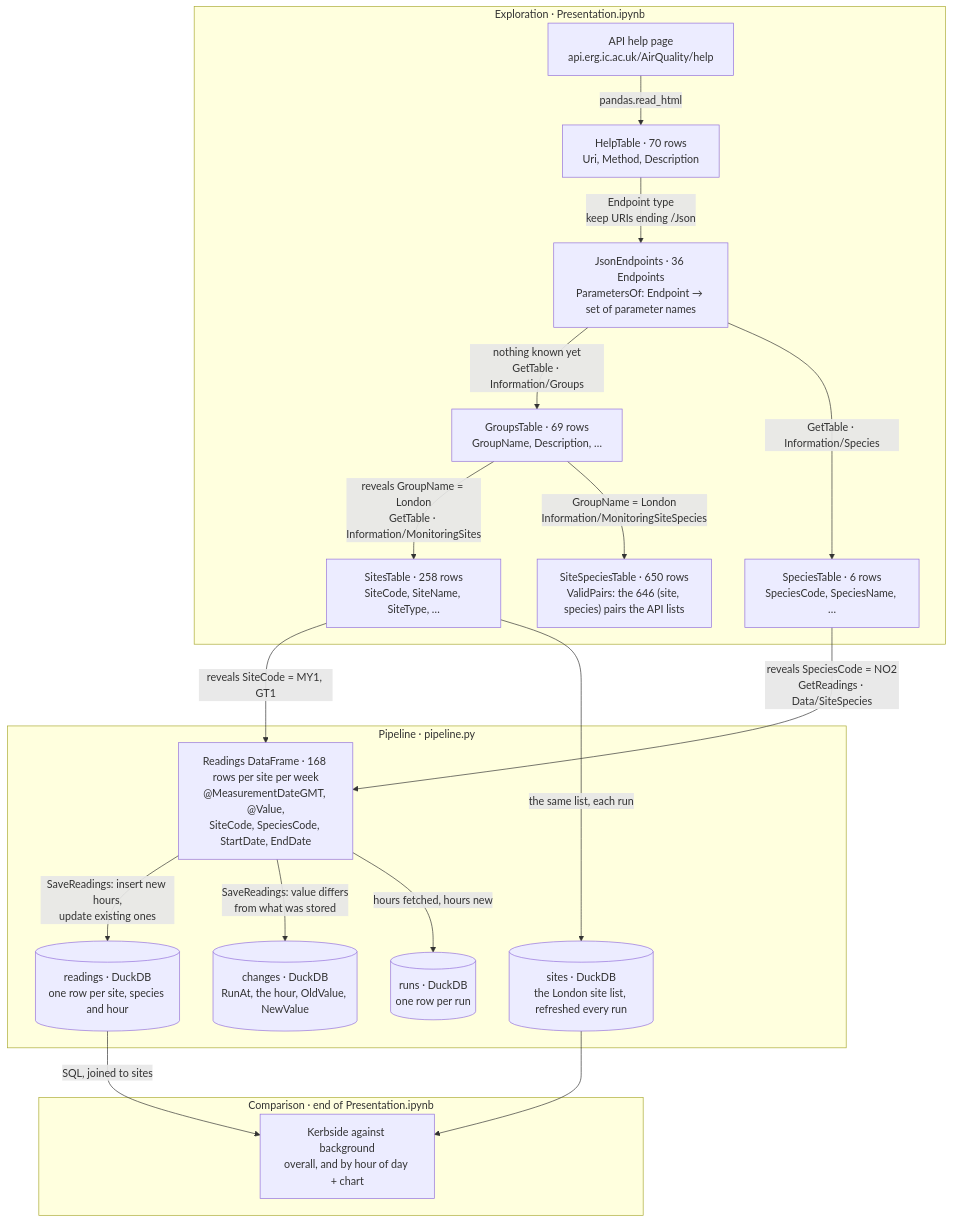
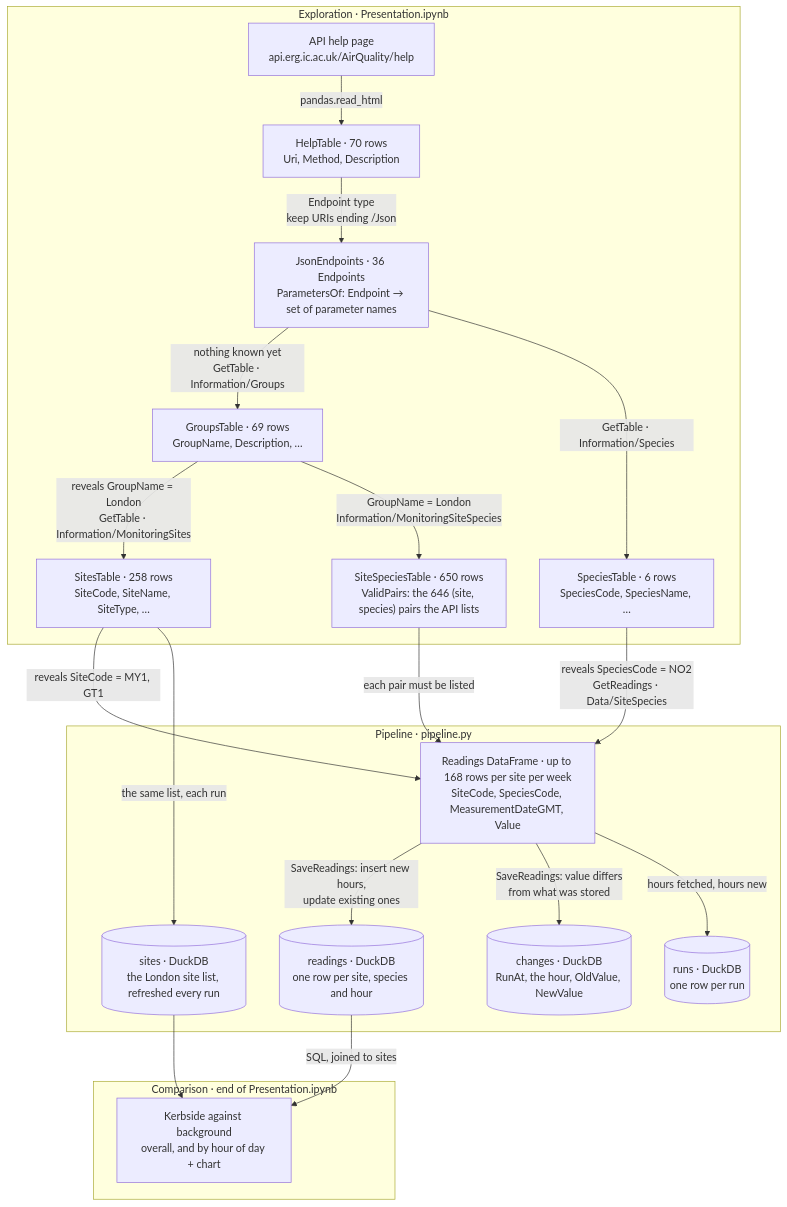
One commit to KPS25FX/london-air-quality changed the diagram in README.md. Above: the diagram before and after it, drawn with Mermaid. The commit also changed other lines of this file and 5 other files, not shown here.

````diff
--- a/README.md
+++ b/README.md
@@ -47,39 +48,40 @@
 ```mermaid
 flowchart TD
     subgraph Explore["Exploration · Presentation.ipynb"]
         Help["API help page<br/>api.erg.ic.ac.uk/AirQuality/help"]
         HelpTable["HelpTable · 70 rows<br/>Uri, Method, Description"]
         Json["JsonEndpoints · 36 Endpoints<br/>ParametersOf: Endpoint → set of parameter names"]
         Groups["GroupsTable · 69 rows<br/>GroupName, Description, …"]
         Species["SpeciesTable · 6 rows<br/>SpeciesCode, SpeciesName, …"]
         Sites["SitesTable · 258 rows<br/>SiteCode, SiteName, SiteType, …"]
         Pairs["SiteSpeciesTable · 650 rows<br/>ValidPairs: the 646 (site, species) pairs the API lists"]
     end
 
     subgraph Pipeline["Pipeline · pipeline.py"]
-        Readings["Readings DataFrame · 168 rows per site per week<br/>@MeasurementDateGMT, @Value,<br/>SiteCode, SpeciesCode, StartDate, EndDate"]
+        Readings["Readings DataFrame · up to 168 rows per site per week<br/>SiteCode, SpeciesCode, MeasurementDateGMT, Value"]
         DBSites[("sites · DuckDB<br/>the London site list, refreshed every run")]
         DBReadings[("readings · DuckDB<br/>one row per site, species and hour")]
         DBChanges[("changes · DuckDB<br/>RunAt, the hour, OldValue, NewValue")]
         DBRuns[("runs · DuckDB<br/>one row per run")]
     end
 
     subgraph Use["Comparison · end of Presentation.ipynb"]
         Stats["Kerbside against background<br/>overall, and by hour of day + chart"]
     end
 
     Help -- "pandas.read_html" --> HelpTable
     HelpTable -- "Endpoint type<br/>keep URIs ending /Json" --> Json
     Json -- "nothing known yet<br/>GetTable · Information/Groups" --> Groups
     Json -- "GetTable · Information/Species" --> Species
     Groups -- "reveals GroupName = London<br/>GetTable · Information/MonitoringSites" --> Sites
     Groups -- "GroupName = London<br/>Information/MonitoringSiteSpecies" --> Pairs
     Sites -- "reveals SiteCode = MY1, GT1" --> Readings
     Species -- "reveals SpeciesCode = NO2<br/>GetReadings · Data/SiteSpecies" --> Readings
+    Pairs -- "each pair must be listed" --> Readings
     Sites -- "the same list, each run" --> DBSites
     Readings -- "SaveReadings: insert new hours,<br/>update existing ones" --> DBReadings
     Readings -- "SaveReadings: value differs<br/>from what was stored" --> DBChanges
     Readings -- "hours fetched, hours new" --> DBRuns
     DBReadings -- "SQL, joined to sites" --> Stats
     DBSites --> Stats
 ```
````
